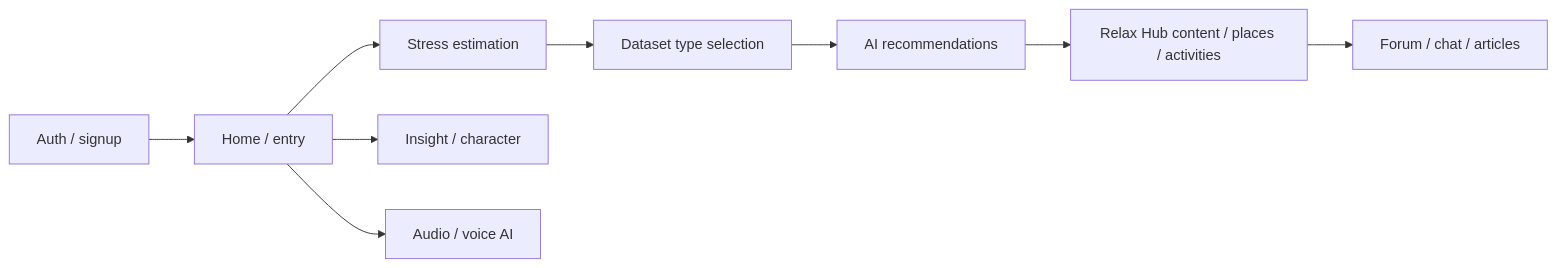
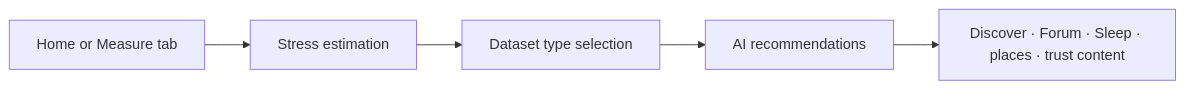
One commit to venu-1o15o411-wola/PeacePlot changed the second of 2 diagrams in plan/plan.md. Above: the diagram before and after it, drawn with Mermaid. The commit also changed other lines of this file and 1 other file, not shown here.

````diff
--- a/plan/plan.md
+++ b/plan/plan.md
@@ -93,11 +133,7 @@
 ```mermaid
 flowchart LR
-  A[Auth / signup] --> B[Home / entry]
-  B --> C[Stress estimation]
-  C --> D[Dataset type selection]
-  D --> E[AI recommendations]
-  E --> F[Relax Hub content / places / activities]
-  F --> G[Forum / chat / articles]
-  B --> H[Insight / character]
-  B --> I[Audio / voice AI]
+  A[Home or Measure tab] --> B[Stress estimation]
+  B --> C[Dataset type selection]
+  C --> D[AI recommendations]
+  D --> E[Discover · Forum · Sleep · places · trust content]
 ```
````
